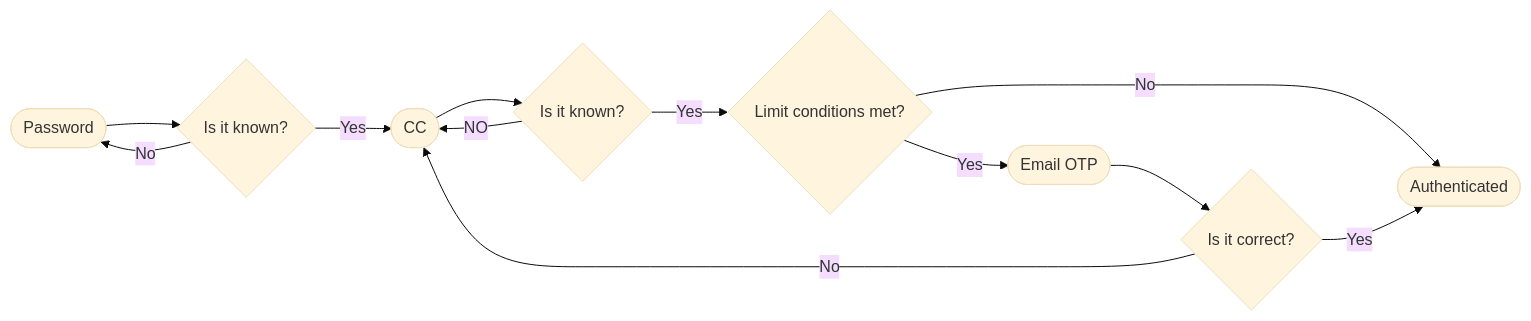
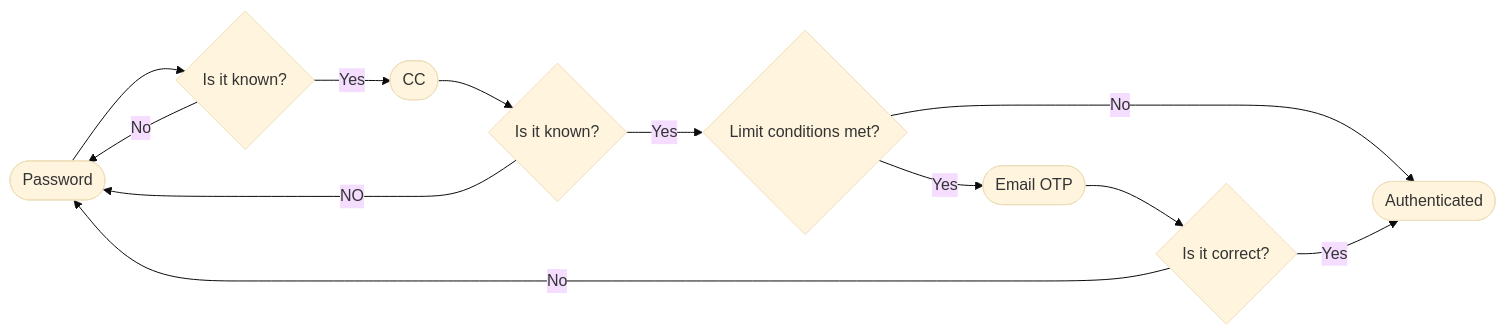
Before and after one commit to davidjosearaujo/iaa-idp-client: the second of 6 diagrams in docs/reports/final_report.md, drawn with Mermaid (base theme). The commit also changed other lines of this file, not shown here.

````diff
--- a/docs/reports/final_report.md
+++ b/docs/reports/final_report.md
@@ -99,14 +103,14 @@
 ```{.mermaid caption="Bank Officer Portal authentication flow."}
 flowchart LR
   G([Password]) --> H{Is it known?}
   H -- Yes --> A
   H -- No --> G
   A([CC]) --> B{Is it known?}
-  B -- NO --> A
+  B -- NO --> G
   B -- Yes --> F{Limit conditions met?}
   F -- Yes --> D([Email OTP])
   F -- No --> C
   D --> E{Is it correct?}
   E -- Yes --> C([Authenticated])
-  E -- No --> A
+  E -- No --> G
 ```
````
